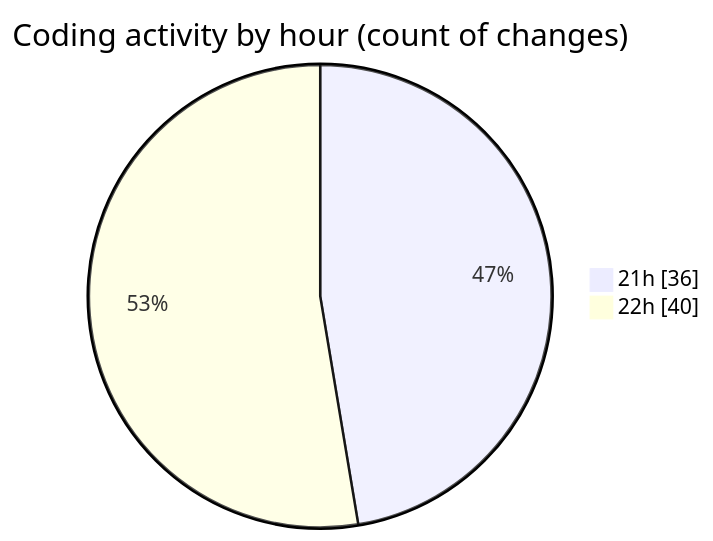
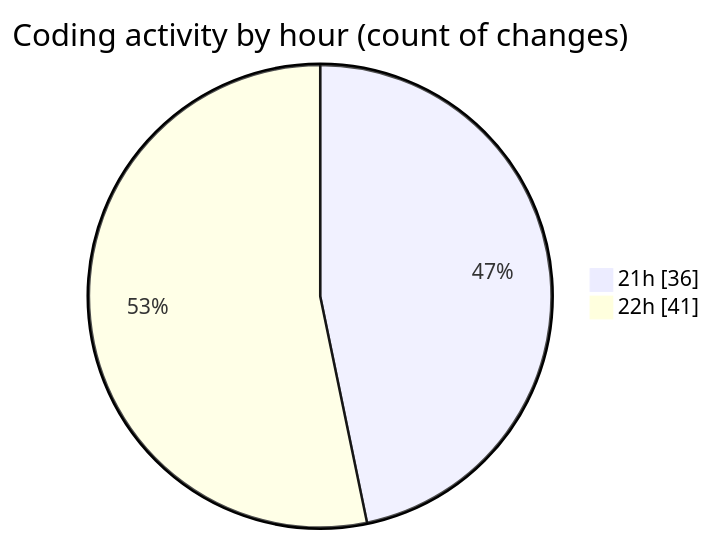
The second of 2 diagrams in 2025-03-10/termonied_testador/README.md (robertbonfada/code-tracking), drawn with Mermaid before and after one commit. The commit also changed other lines of this file and 1 other file, not shown here.

````diff
--- a/2025-03-10/termonied_testador/README.md
+++ b/2025-03-10/termonied_testador/README.md
@@ -37,6 +37,6 @@
 ```mermaid
 pie showData
 title Coding activity by hour (count of changes)
 "21h" : 36
-"22h" : 40
+"22h" : 41
 ```
````
